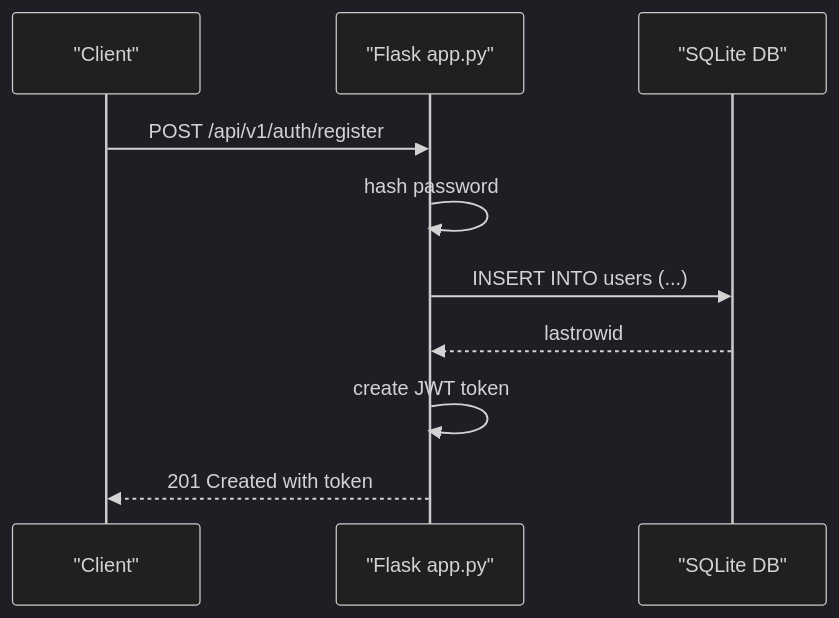
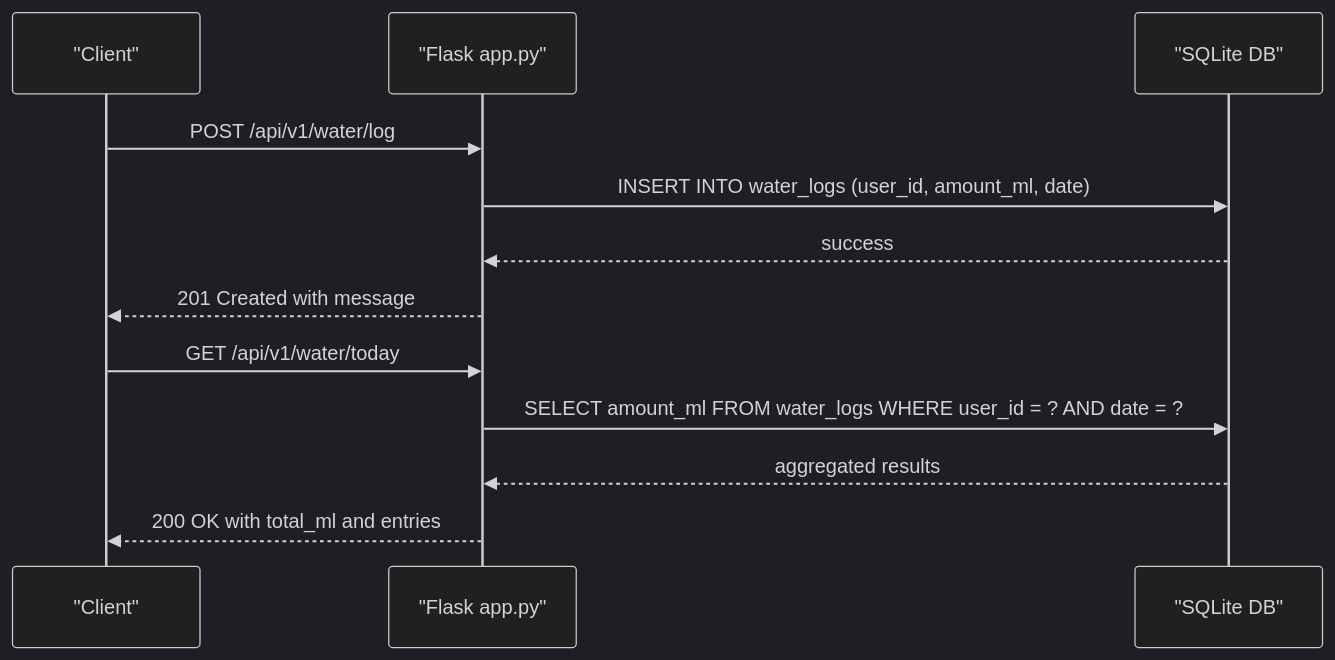
Before and after one commit to hsarjun04-netizen/NUTRICooACH: the fourth of 6 diagrams in .qoder/repowiki/en/content/Backend API Server/Database Schema Design.md, drawn with Mermaid (dark theme). The commit also changed other lines of this file and 8 other files, not shown here.

Commit message:
Redesign Dashboard: dark sidebar, hero banner, activity chart, calendar, donut chart, water tracker

````diff
--- a/.qoder/repowiki/en/content/Backend API Server/Database Schema Design.md
+++ b/.qoder/repowiki/en/content/Backend API Server/Database Schema Design.md
@@ -303,12 +351,14 @@
 ```mermaid
 sequenceDiagram
 participant Client as "Client"
 participant API as "Flask app.py"
 participant DB as "SQLite DB"
-Client->>API : POST /api/v1/auth/register
-API->>API : hash password
-API->>DB : INSERT INTO users (...)
-DB-->>API : lastrowid
-API->>API : create JWT token
-API-->>Client : 201 Created with token
+Client->>API : POST /api/v1/water/log
+API->>DB : INSERT INTO water_logs (user_id, amount_ml, date)
+DB-->>API : success
+API-->>Client : 201 Created with message
+Client->>API : GET /api/v1/water/today
+API->>DB : SELECT amount_ml FROM water_logs WHERE user_id = ? AND date = ?
+DB-->>API : aggregated results
+API-->>Client : 200 OK with total_ml and entries
 ```
````
